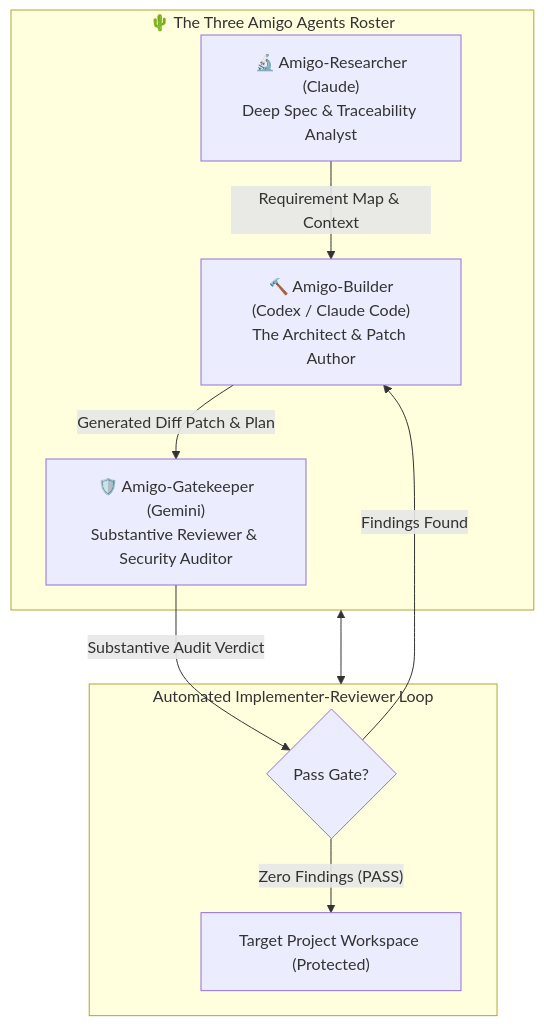
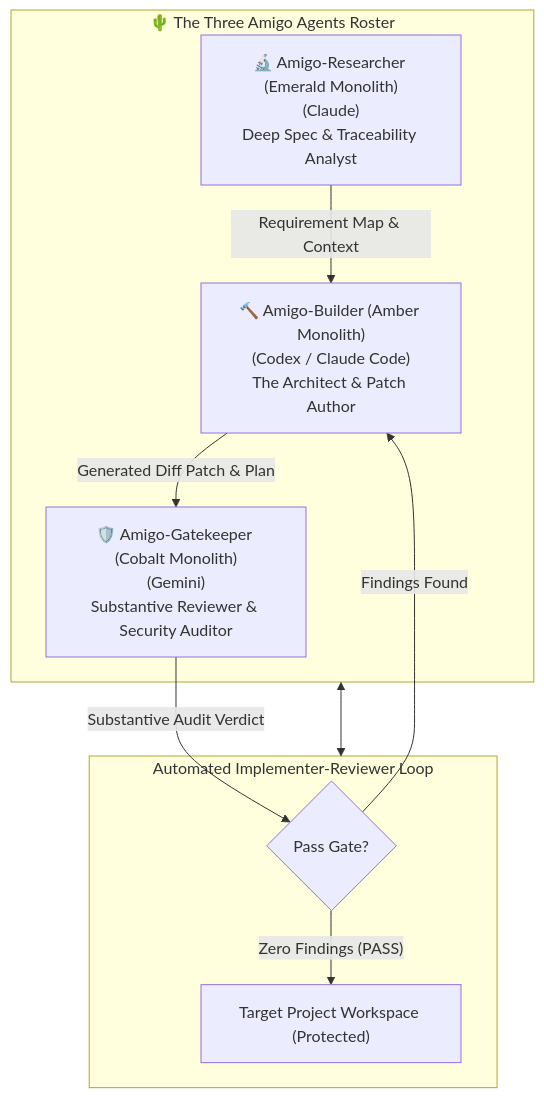
Before and after one commit to hanax-ai/sdd-core-citadel: the diagram in research/THREE_AMIGO_AGENTS_PROFILES_AND_CAPABILITIES.md, drawn with Mermaid. The commit also changed other lines of this file and 2 other files, not shown here.

Commit message:
Embed Three Amigo Agents monolith visual artwork in catalog

````diff
--- a/research/THREE_AMIGO_AGENTS_PROFILES_AND_CAPABILITIES.md
+++ b/research/THREE_AMIGO_AGENTS_PROFILES_AND_CAPABILITIES.md
@@ -15,18 +22,18 @@
 ```mermaid
 flowchart TD
     subgraph ThreeAmigoAgents ["🌵 The Three Amigo Agents Roster"]
-        Builder["🔨 Amigo-Builder<br/>(Codex / Claude Code)<br/>The Architect & Patch Author"]
-        Gatekeeper["🛡️ Amigo-Gatekeeper<br/>(Gemini)<br/>Substantive Reviewer & Security Auditor"]
-        Researcher["🔬 Amigo-Researcher<br/>(Claude)<br/>Deep Spec & Traceability Analyst"]
+        Builder["🔨 Amigo-Builder (Amber Monolith)<br/>(Codex / Claude Code)<br/>The Architect & Patch Author"]
+        Gatekeeper["🛡️ Amigo-Gatekeeper (Cobalt Monolith)<br/>(Gemini)<br/>Substantive Reviewer & Security Auditor"]
+        Researcher["🔬 Amigo-Researcher (Emerald Monolith)<br/>(Claude)<br/>Deep Spec & Traceability Analyst"]
     end
 
     subgraph AutonomousLoop ["Automated Implementer-Reviewer Loop"]
         Researcher -->|"Requirement Map & Context"| Builder
         Builder -->|"Generated Diff Patch & Plan"| Gatekeeper
         Gatekeeper -->|"Substantive Audit Verdict"| Decision{"Pass Gate?"}
         Decision -->|"Findings Found"| Builder
         Decision -->|"Zero Findings (PASS)"| TargetCodebase["Target Project Workspace (Protected)"]
     end
 
     ThreeAmigoAgents <--> AutonomousLoop
 ```
````
